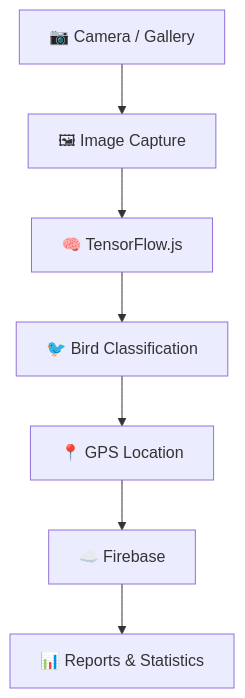
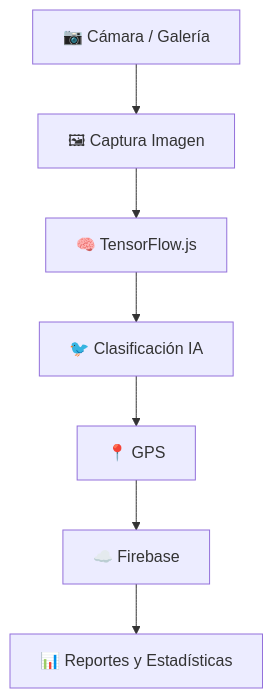
Before and after one commit to lasozaco/bird_scope: the third of 3 diagrams in README.md, drawn with Mermaid. The commit also changed other lines of this file, not shown here.

Commit message:
README Descripcion del proyecto BirdScope

````diff
--- a/README.md
+++ b/README.md
@@ -270,10 +282,10 @@
 ```mermaid
 graph TD;
 
-A[📷 Camera / Gallery] --> B[🖼 Image Capture]
+A[📷 Cámara / Galería] --> B[🖼 Captura Imagen]
 B --> C[🧠 TensorFlow.js]
-C --> D[🐦 Bird Classification]
-D --> E[📍 GPS Location]
+C --> D[🐦 Clasificación IA]
+D --> E[📍 GPS]
 E --> F[☁️ Firebase]
-F --> G[📊 Reports & Statistics]
+F --> G[📊 Reportes y Estadísticas]
 ```
````
